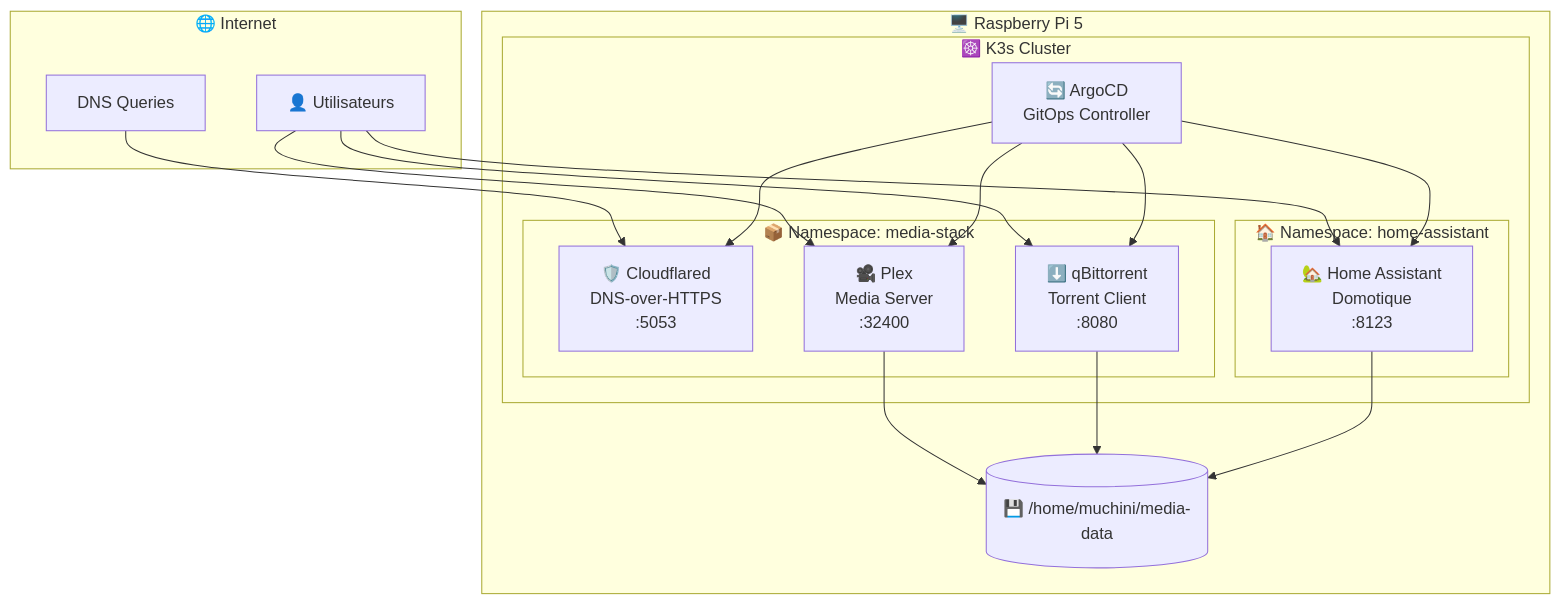
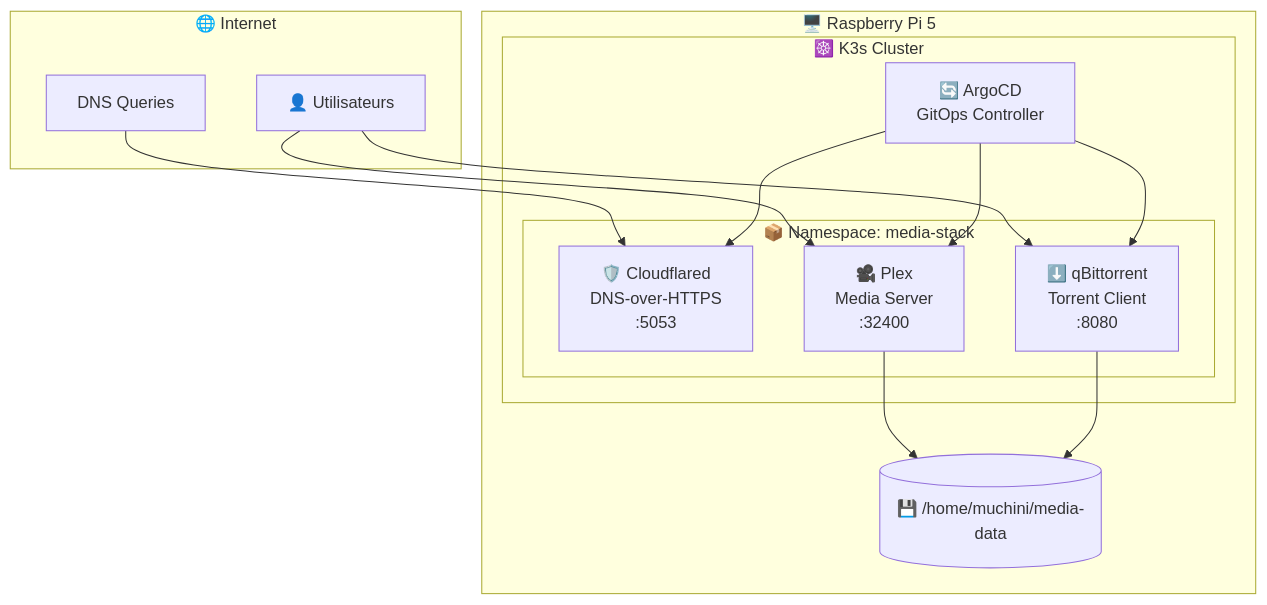
One commit to muchiny/media-stack-k8s changed the first of 3 diagrams in README.md. Above: the diagram before and after it, drawn with Mermaid. The commit also changed other lines of this file and 24 other files, not shown here.

````diff
--- a/README.md
+++ b/README.md
@@ -7,37 +7,30 @@
 ```mermaid
 graph TB
     subgraph "🌐 Internet"
         DNS[DNS Queries]
         Users[👤 Utilisateurs]
     end
 
     subgraph "🖥️ Raspberry Pi 5"
         subgraph "☸️ K3s Cluster"
             ArgoCD[🔄 ArgoCD<br/>GitOps Controller]
 
             subgraph "📦 Namespace: media-stack"
                 CF[🛡️ Cloudflared<br/>DNS-over-HTTPS<br/>:5053]
                 Plex[🎥 Plex<br/>Media Server<br/>:32400]
                 QB[⬇️ qBittorrent<br/>Torrent Client<br/>:8080]
             end
-
-            subgraph "🏠 Namespace: home-assistant"
-                HA[🏡 Home Assistant<br/>Domotique<br/>:8123]
-            end
         end
 
         Storage[(💾 /home/muchini/media-data)]
     end
 
     DNS --> CF
     Users --> Plex
     Users --> QB
-    Users --> HA
     ArgoCD --> CF
     ArgoCD --> Plex
     ArgoCD --> QB
-    ArgoCD --> HA
     Plex --> Storage
     QB --> Storage
-    HA --> Storage
 ```
````
